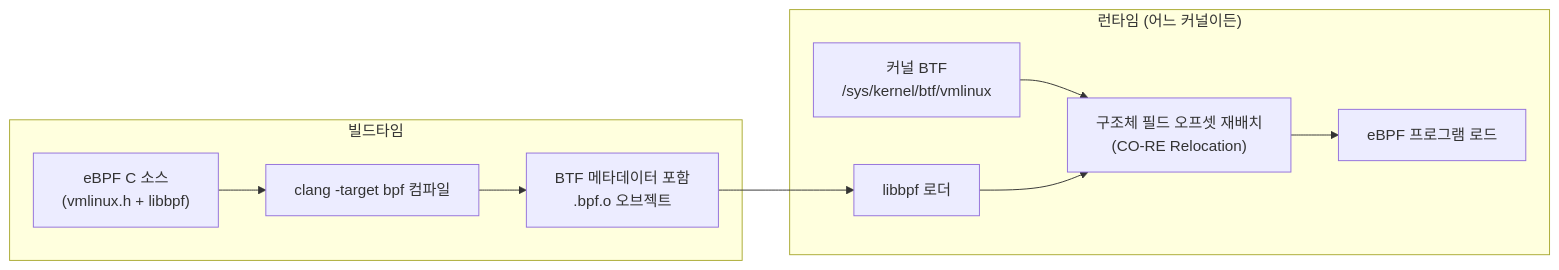
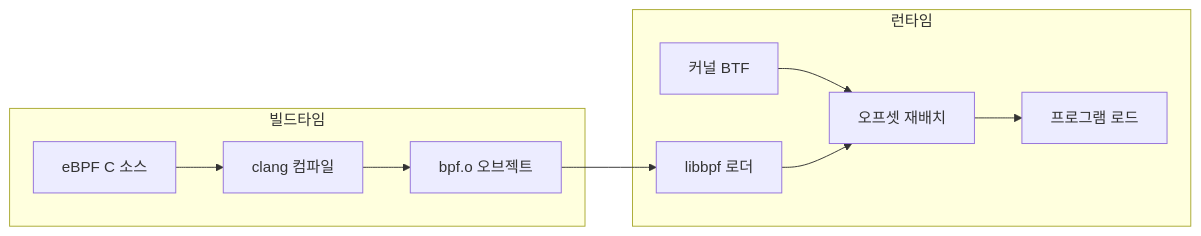
Before and after one commit to moonblueblue/devops-wiki: the fourth of 6 diagrams in content/linux/performance/ebpf-performance.md, drawn with Mermaid. The commit also changed other lines of this file and 12 other files, not shown here.

First line of the commit message:
style: linux 섹션 전체 ASCII art 제거 및 Mermaid 규칙 적용

````diff
--- a/content/linux/performance/ebpf-performance.md
+++ b/content/linux/performance/ebpf-performance.md
@@ -541,20 +531,20 @@
 ```mermaid
 flowchart LR
     subgraph 빌드타임
-        A["eBPF C 소스\n(vmlinux.h + libbpf)"]
-        B["clang -target bpf 컴파일"]
-        C["BTF 메타데이터 포함\n.bpf.o 오브젝트"]
+        A["eBPF C 소스"]
+        B["clang 컴파일"]
+        C["bpf.o 오브젝트"]
     end
 
-    subgraph 런타임["런타임 (어느 커널이든)"]
+    subgraph 런타임
         D["libbpf 로더"]
-        E["커널 BTF\n/sys/kernel/btf/vmlinux"]
-        F["구조체 필드 오프셋 재배치\n(CO-RE Relocation)"]
-        G["eBPF 프로그램 로드"]
+        E["커널 BTF"]
+        F["오프셋 재배치"]
+        G["프로그램 로드"]
     end
 
     A --> B --> C
     C --> D
     E --> F
     D --> F --> G
 ```
````
